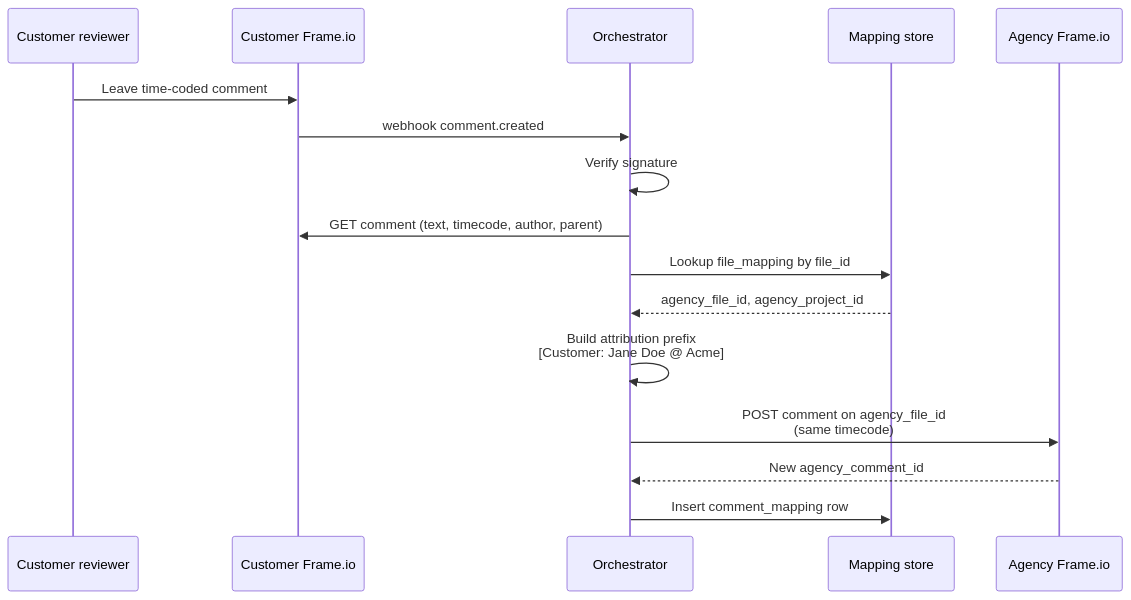
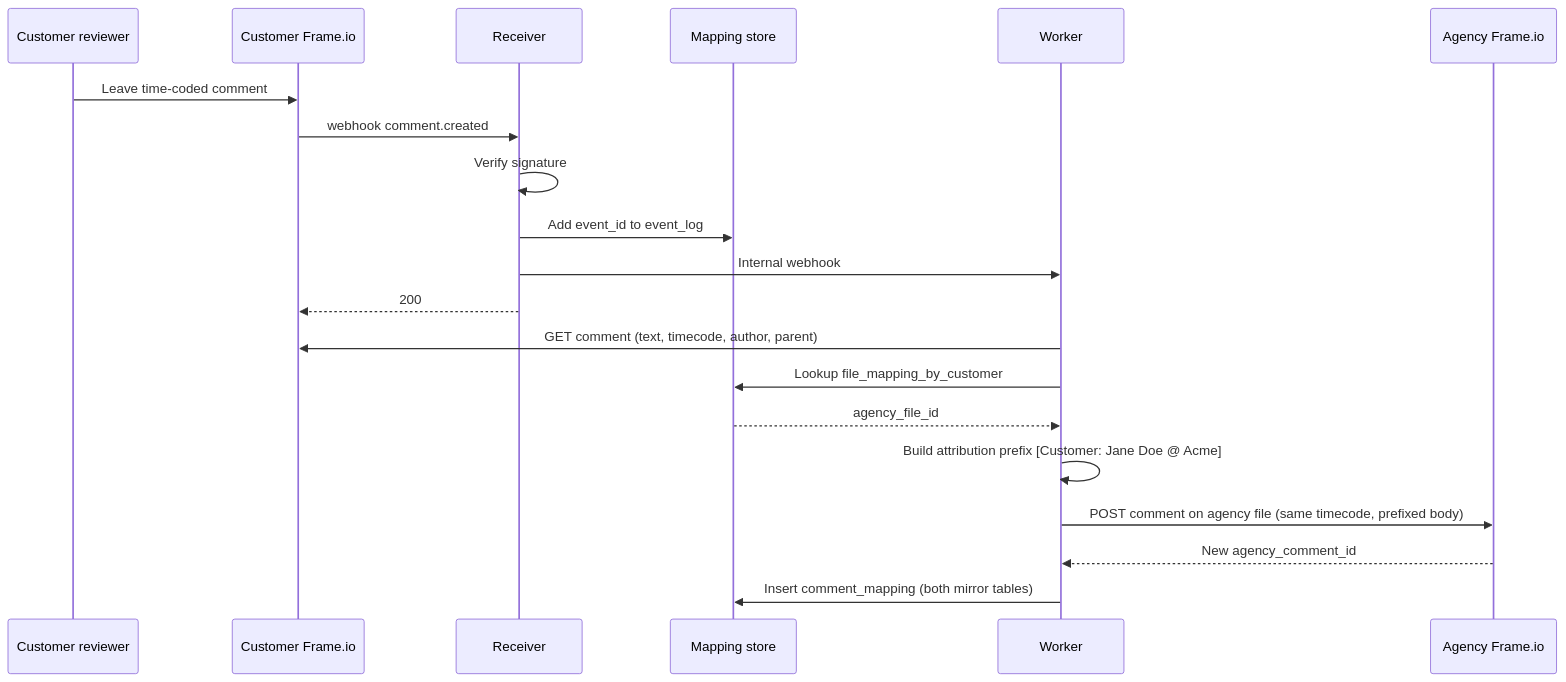
One commit to cpilsworth/frame2frame changed the fourth of 7 diagrams in docs/frame-io-sync-design.md. Above: the diagram before and after it, drawn with Mermaid. The commit also changed other lines of this file and 2 other files, not shown here.

````diff
--- a/docs/frame-io-sync-design.md
+++ b/docs/frame-io-sync-design.md
@@ -233,19 +319,23 @@
 ```mermaid
 sequenceDiagram
     participant R as Customer reviewer
     participant CF as Customer Frame.io
-    participant O as Orchestrator
+    participant Rcv as Receiver
     participant DB as Mapping store
+    participant W as Worker
     participant AF as Agency Frame.io
 
     R->>CF: Leave time-coded comment
-    CF->>O: webhook comment.created
-    O->>O: Verify signature
-    O->>CF: GET comment (text, timecode, author, parent)
-    O->>DB: Lookup file_mapping by file_id
-    DB-->>O: agency_file_id, agency_project_id
-    O->>O: Build attribution prefix<br/>[Customer: Jane Doe @ Acme]
-    O->>AF: POST comment on agency_file_id<br/>(same timecode)
-    AF-->>O: New agency_comment_id
-    O->>DB: Insert comment_mapping row
+    CF->>Rcv: webhook comment.created
+    Rcv->>Rcv: Verify signature
+    Rcv->>DB: Add event_id to event_log
+    Rcv->>W: Internal webhook
+    Rcv-->>CF: 200
+    W->>CF: GET comment (text, timecode, author, parent)
+    W->>DB: Lookup file_mapping_by_customer
+    DB-->>W: agency_file_id
+    W->>W: Build attribution prefix [Customer: Jane Doe @ Acme]
+    W->>AF: POST comment on agency file (same timecode, prefixed body)
+    AF-->>W: New agency_comment_id
+    W->>DB: Insert comment_mapping (both mirror tables)
 ```
````
